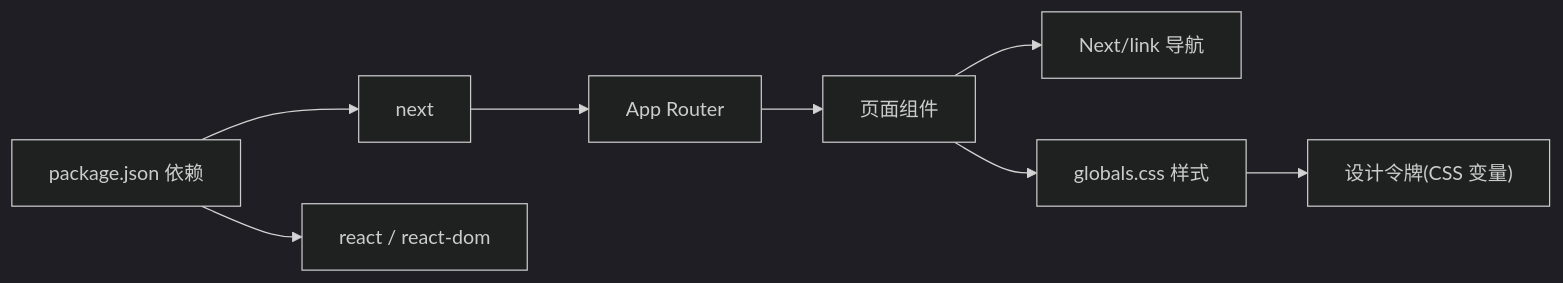
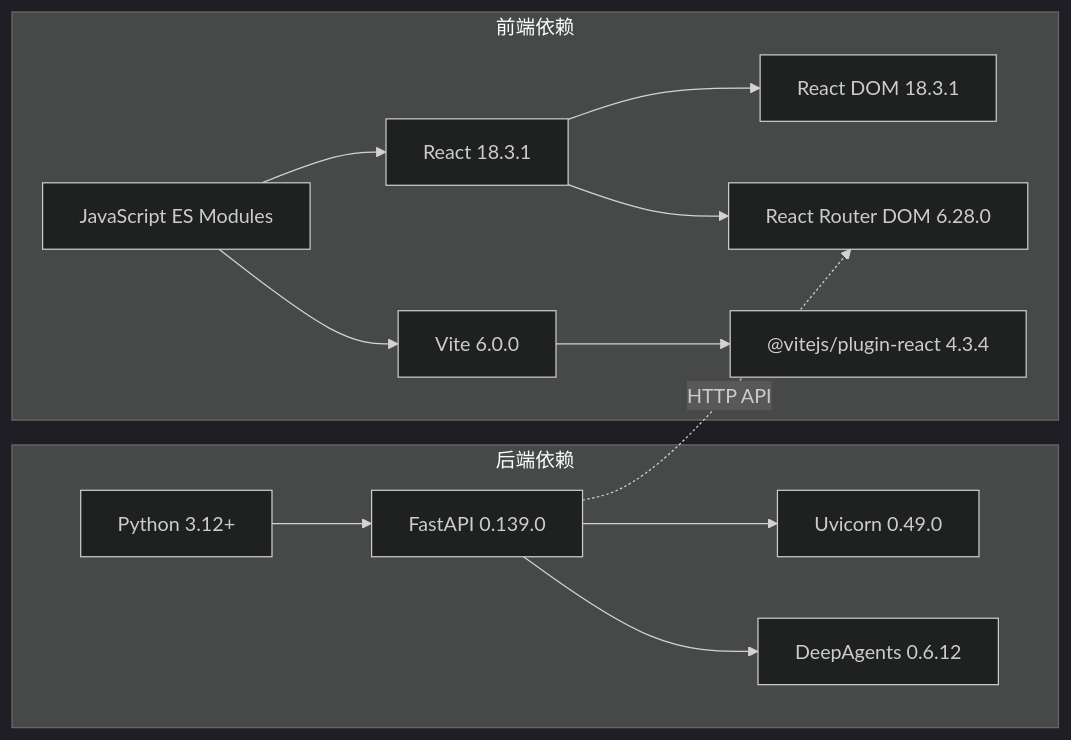
Before and after one commit to marvin9551/InsightMesh: the fifth of 5 diagrams in .qoder/repowiki/zh/content/项目架构/项目架构.md, drawn with Mermaid (dark theme). The commit also changed other lines of this file and 10 other files, not shown here.

````diff
--- a/.qoder/repowiki/zh/content/项目架构/项目架构.md
+++ b/.qoder/repowiki/zh/content/项目架构/项目架构.md
@@ -307,10 +300,16 @@
 ```mermaid
 graph LR
-Pkg["package.json 依赖"] --> Next["next"]
-Pkg --> React["react / react-dom"]
-Next --> Router["App Router"]
-Router --> Pages["页面组件"]
-Pages --> Links["Next/link 导航"]
-Pages --> Styles["globals.css 样式"]
-Styles --> Tokens["设计令牌(CSS 变量)"]
+subgraph "后端依赖"
+PY["Python 3.12+"] --> FA["FastAPI 0.139.0"]
+FA --> UV["Uvicorn 0.49.0"]
+FA --> DA["DeepAgents 0.6.12"]
+end
+subgraph "前端依赖"
+JS["JavaScript ES Modules"] --> REACT["React 18.3.1"]
+REACT --> RDOM["React DOM 18.3.1"]
+REACT --> RR["React Router DOM 6.28.0"]
+JS --> VITE["Vite 6.0.0"]
+VITE --> RP["@vitejs/plugin-react 4.3.4"]
+end
+FA -.->|HTTP API| RR
 ```
````
